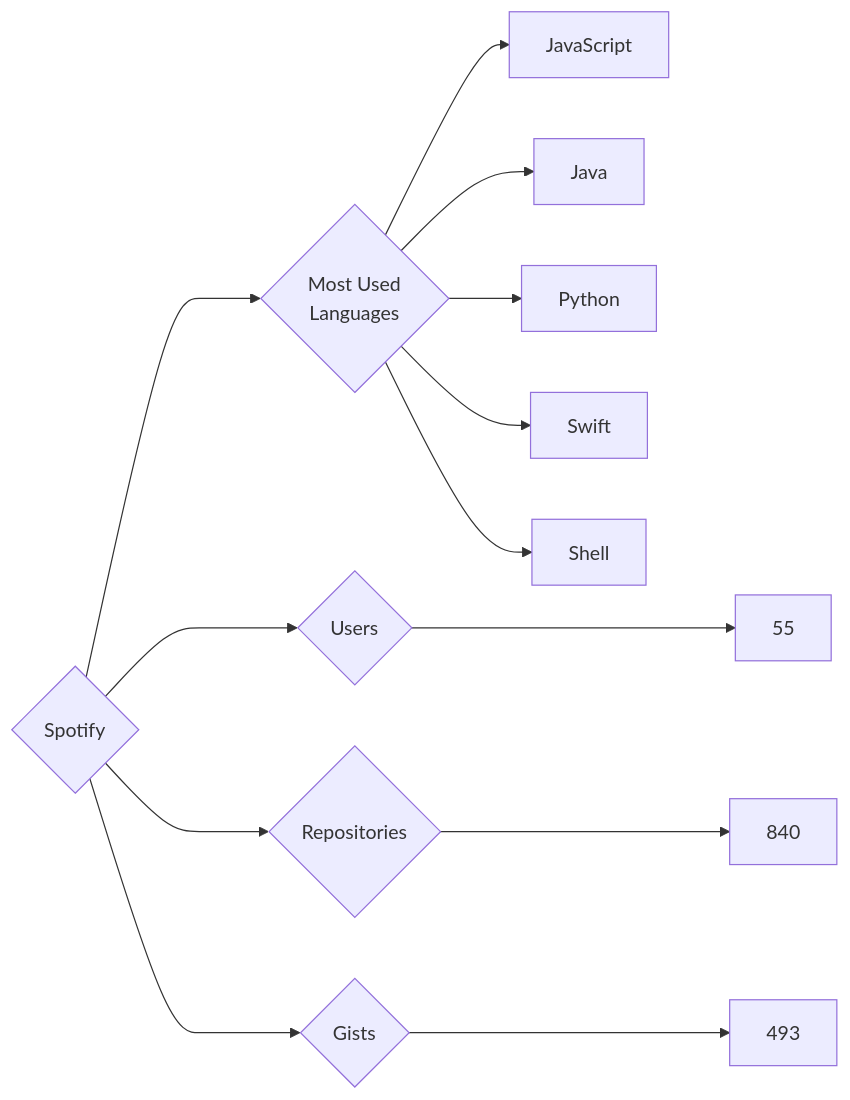
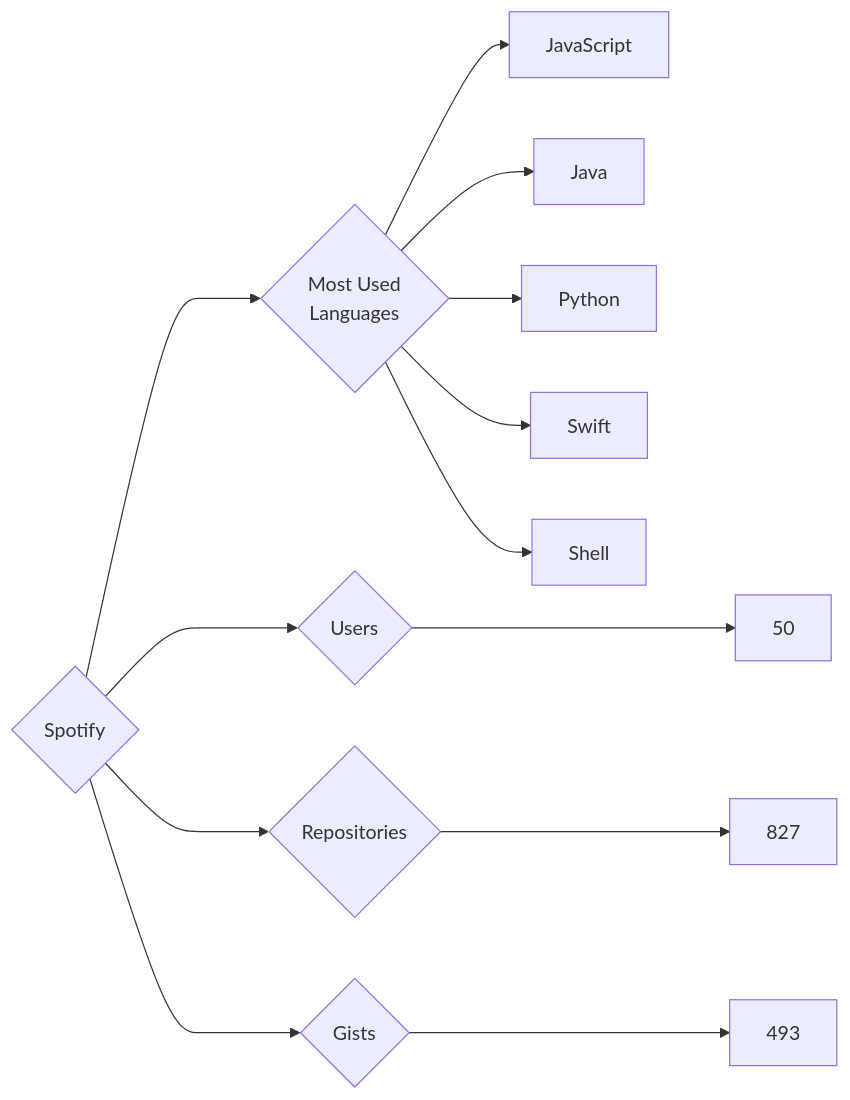
One commit to trickest/insiders changed the diagram in targets/Spotify/README.md. Above: the diagram before and after it, drawn with Mermaid. The commit also changed 1248 other files, not shown here.

````diff
--- a/targets/Spotify/README.md
+++ b/targets/Spotify/README.md
@@ -3,13 +3,13 @@
 ```mermaid
 graph LR
 COMPANY_NAME{Spotify}
-COMPANY_NAME ---> U{Users} ---> UN[55]
-COMPANY_NAME ---> R{Repositories} ---> RN[840]
+COMPANY_NAME ---> U{Users} ---> UN[50]
+COMPANY_NAME ---> R{Repositories} ---> RN[827]
 COMPANY_NAME ---> G{Gists} ---> GN[493]
 COMPANY_NAME ---> ML{Most Used<br>Languages}
 ML --> JavaScript[JavaScript]
 ML --> Java[Java]
 ML --> Python[Python]
 ML --> Swift[Swift]
 ML --> Shell[Shell]
 ```
````
